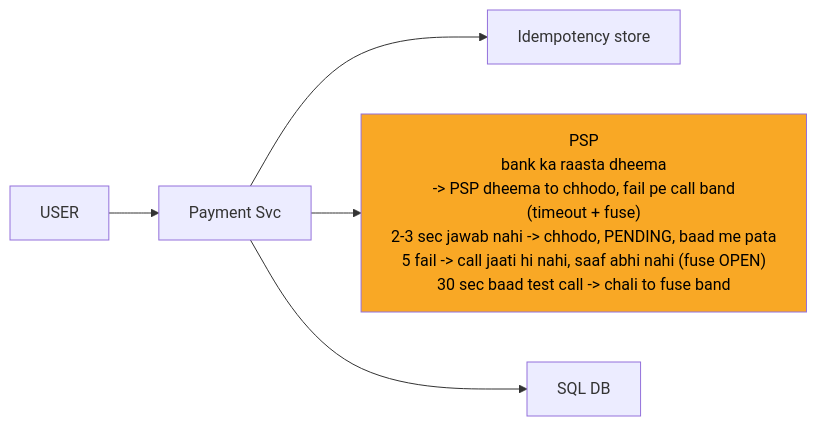
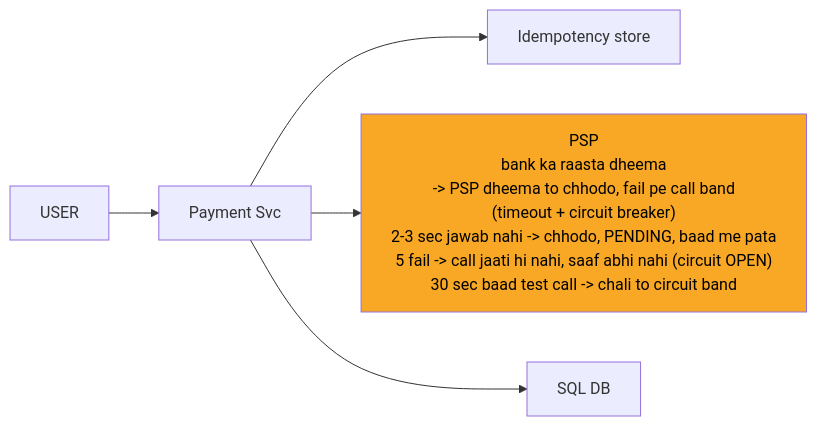
One commit to ArpanMaheshwari144/Prep changed the fifth of 12 diagrams in 04_HLD/SYSTEM_DESIGNS/06_payment_system/06_payment_system.md. Above: the diagram before and after it, drawn with Mermaid. The commit also changed other lines of this file and 12 other files, not shown here.

````diff
--- a/04_HLD/SYSTEM_DESIGNS/06_payment_system/06_payment_system.md
+++ b/04_HLD/SYSTEM_DESIGNS/06_payment_system/06_payment_system.md
@@ -225,14 +225,14 @@
 ```mermaid
 %%{init: {"flowchart": {"wrappingWidth": 450}}}%%
 flowchart LR
     n_USER["USER"]
     n_Payment_Svc["Payment Svc"]
     n_Idempotency_store["Idempotency store"]
-    n_PSP["PSP<br/>bank ka raasta dheema<br/>-> PSP dheema to chhodo, fail pe call band<br/>(timeout + fuse)<br/>2-3 sec jawab nahi -> chhodo, PENDING, baad me pata<br/>5 fail -> call jaati hi nahi, saaf abhi nahi (fuse OPEN)<br/>30 sec baad test call -> chali to fuse band"]
+    n_PSP["PSP<br/>bank ka raasta dheema<br/>-> PSP dheema to chhodo, fail pe call band<br/>(timeout + circuit breaker)<br/>2-3 sec jawab nahi -> chhodo, PENDING, baad me pata<br/>5 fail -> call jaati hi nahi, saaf abhi nahi (circuit OPEN)<br/>30 sec baad test call -> chali to circuit band"]
     n_DB["SQL DB"]
     n_USER --> n_Payment_Svc
     n_Payment_Svc --> n_Idempotency_store
     n_Payment_Svc --> n_PSP
     n_Payment_Svc --> n_DB
     style n_PSP fill:#f9a825,color:#000
 ```
````
